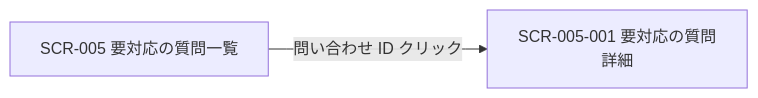
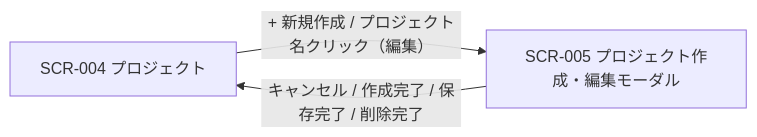
Before and after one commit to sikakou54/open-faq: the diagram in 02_basic_design/01_screens/SCR-005.md, drawn with Mermaid. The commit also changed other lines of this file and 617 other files, not shown here.

````diff
--- a/02_basic_design/01_screens/SCR-005.md
+++ b/02_basic_design/01_screens/SCR-005.md
@@ -36,6 +37,7 @@
 ```mermaid
 flowchart LR
-  S1["SCR-005 要対応の質問一覧"]
-  S2["SCR-005-001 要対応の質問詳細"]
-  S1 -->|問い合わせ ID クリック| S2
+  S1["SCR-004 プロジェクト"]
+  S2["SCR-005 プロジェクト作成・編集モーダル"]
+  S1 -->|+ 新規作成 / プロジェクト名クリック（編集）| S2
+  S2 -->|キャンセル / 作成完了 / 保存完了 / 削除完了| S1
 ```
````
